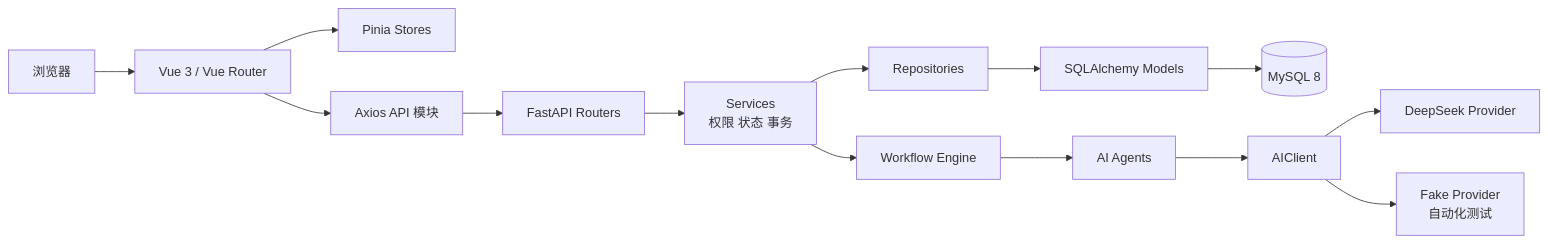
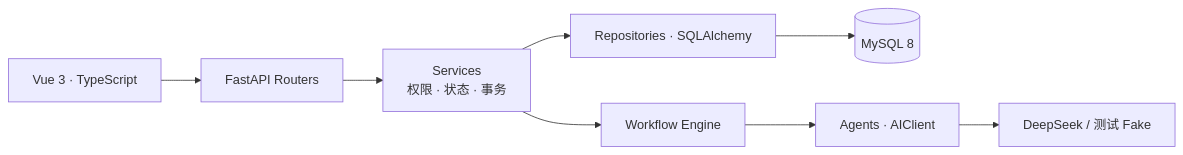
Before and after one commit to lengchang-haoyuan/AI-Assisted-Campus-Learning-and-Code-Practice-Platform: the first of 4 diagrams in README.md, drawn with Mermaid. The commit also changed other lines of this file and 9 other files, not shown here.

````diff
--- a/README.md
+++ b/README.md
@@ -100,16 +154,10 @@
 ```mermaid
 flowchart LR
-    Browser[浏览器] --> Vue[Vue 3 / Vue Router]
-    Vue --> Store[Pinia Stores]
-    Vue --> APIClient[Axios API 模块]
-    APIClient --> Router[FastAPI Routers]
-    Router --> Service[Services<br/>权限 状态 事务]
-    Service --> Repository[Repositories]
-    Repository --> ORM[SQLAlchemy Models]
-    ORM --> MySQL[(MySQL 8)]
-    Service --> Engine[Workflow Engine]
-    Engine --> Agent[AI Agents]
-    Agent --> Client[AIClient]
-    Client --> DeepSeek[DeepSeek Provider]
-    Client --> Fake[Fake Provider<br/>自动化测试]
+    Web["Vue 3 · TypeScript"] --> API["FastAPI Routers"]
+    API --> Service["Services<br/>权限 · 状态 · 事务"]
+    Service --> Repo["Repositories · SQLAlchemy"]
+    Repo --> DB[(MySQL 8)]
+    Service --> Engine["Workflow Engine"]
+    Engine --> Agent["Agents · AIClient"]
+    Agent --> Provider["DeepSeek / 测试 Fake"]
 ```
````
